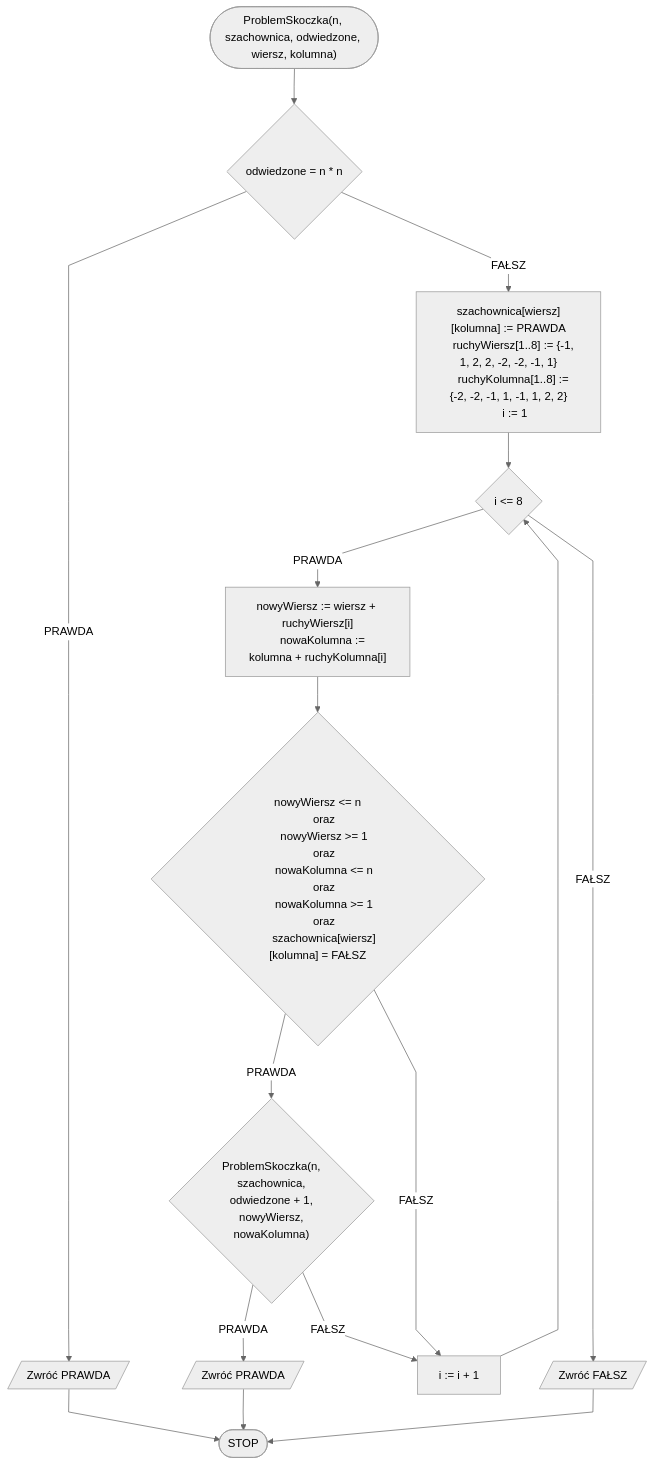
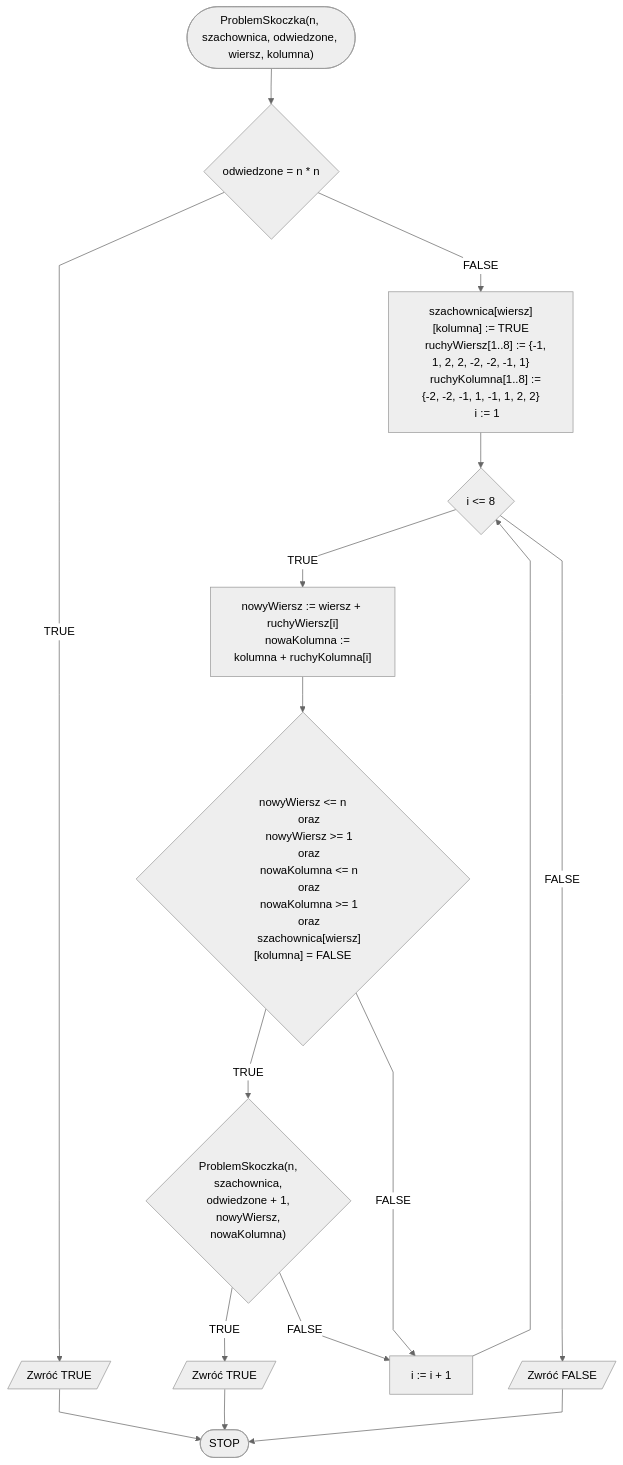
Before and after one commit to blackbat13/edu-cs-htiew-en: the diagram in docs/algorithms/backtracking/knights-tour.md, drawn with Mermaid. The commit also changed other lines of this file and 682 other files, not shown here.

````diff
--- a/docs/algorithms/backtracking/knights-tour.md
+++ b/docs/algorithms/backtracking/knights-tour.md
@@ -199,35 +199,35 @@
 ```mermaid
 %%{init: {"flowchart": {"curve": "linear"}, "theme": "neutral"} }%%
 flowchart TD
     START(["ProblemSkoczka(n, szachownica, odwiedzone, wiersz, kolumna)"]) --> K1{odwiedzone = n * n}
-    K1 -- PRAWDA --> K2[/Zwróć PRAWDA/]
+    K1 -- TRUE --> K2[/Zwróć TRUE/]
     K2 --> STOP([STOP])
-    K1 -- FAŁSZ --> K3["szachownica[wiersz][kolumna] := PRAWDA
+    K1 -- FALSE --> K3["szachownica[wiersz][kolumna] := TRUE
     ruchyWiersz[1..8] := {-1, 1, 2, 2, -2, -2, -1, 1}
     ruchyKolumna[1..8] := {-2, -2, -1, 1, -1, 1, 2, 2}
     i := 1"]
     K3 --> K6{i <= 8}
-    K6 -- PRAWDA --> K7["nowyWiersz := wiersz + ruchyWiersz[i]
+    K6 -- TRUE --> K7["nowyWiersz := wiersz + ruchyWiersz[i]
     nowaKolumna := kolumna + ruchyKolumna[i]"]
     K7 --> K9{"nowyWiersz <= n
     oraz
     nowyWiersz >= 1
     oraz
     nowaKolumna <= n
     oraz
     nowaKolumna >= 1
     oraz
-    szachownica[wiersz][kolumna] = FAŁSZ"}
-    K9 -- PRAWDA --> K10{"ProblemSkoczka(n, 
+    szachownica[wiersz][kolumna] = FALSE"}
+    K9 -- TRUE --> K10{"ProblemSkoczka(n, 
     szachownica, 
     odwiedzone + 1, 
     nowyWiersz, 
     nowaKolumna)"}
-    K10 -- PRAWDA --> K11[/Zwróć PRAWDA/]
+    K10 -- TRUE --> K11[/Zwróć TRUE/]
     K11 --> STOP
-    K10 -- FAŁSZ --> K6i[i := i + 1]
-    K9 -- FAŁSZ --> K6i
+    K10 -- FALSE --> K6i[i := i + 1]
+    K9 -- FALSE --> K6i
     K6i --> K6
-    K6 -- FAŁSZ --> K12[/Zwróć FAŁSZ/]
+    K6 -- FALSE --> K12[/Zwróć FALSE/]
     K12 --> STOP
 ```
````
